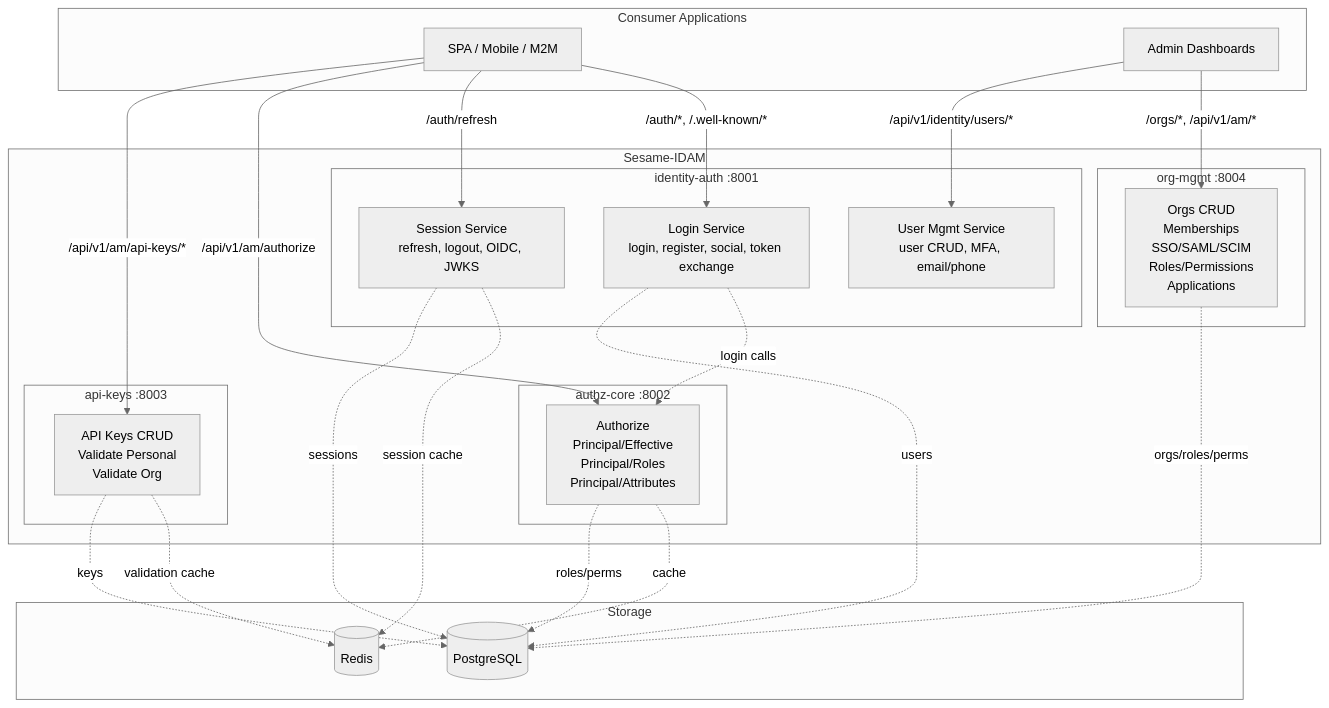
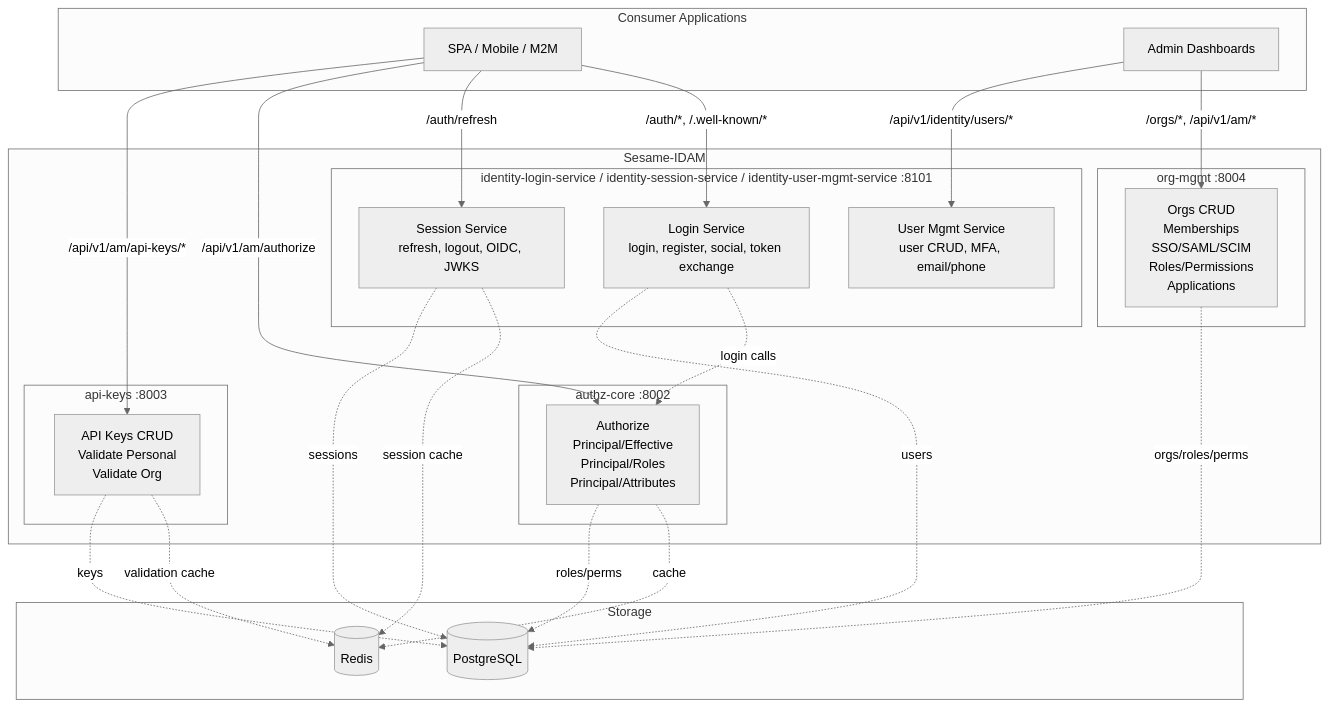
One commit to microscaler/sesame-idam changed the first of 2 diagrams in docs/mermaid/HLD.md. Above: the diagram before and after it, drawn with Mermaid (neutral theme). The commit also changed other lines of this file and 7 other files, not shown here.

First line of the commit message:
docs: fix all stale architecture references — 4→6 services, identity-auth→real names

````diff
--- a/docs/mermaid/HLD.md
+++ b/docs/mermaid/HLD.md
@@ -10,46 +10,46 @@
 ```mermaid
 graph TB
     subgraph "Consumer Applications"
         SPA[SPA / Mobile / M2M]
         Admin[Admin Dashboards]
     end
 
     subgraph "Sesame-IDAM"
-        subgraph "identity-auth :8001"
+        subgraph "identity-login-service / identity-session-service / identity-user-mgmt-service :8101"
             LS[Login Service<br/>login, register, social, token exchange]
             SS[Session Service<br/>refresh, logout, OIDC, JWKS]
             UM[User Mgmt Service<br/>user CRUD, MFA, email/phone]
         end
         subgraph "authz-core :8002"
             AC[Authorize<br/>Principal/Effective<br/>Principal/Roles<br/>Principal/Attributes]
         end
         subgraph "api-keys :8003"
             AK[API Keys CRUD<br/>Validate Personal<br/>Validate Org]
         end
         subgraph "org-mgmt :8004"
             OM[Orgs CRUD<br/>Memberships<br/>SSO/SAML/SCIM<br/>Roles/Permissions<br/>Applications]
         end
     end
 
     subgraph "Storage"
         PG[(PostgreSQL)]
         Redis[(Redis)]
     end
 
     SPA -->|/auth/*, /.well-known/*| LS
     SPA -->|/auth/refresh| SS
     SPA -->|/api/v1/am/authorize| AC
     SPA -->|/api/v1/am/api-keys/*| AK
     Admin -->|/orgs/*, /api/v1/am/*| OM
     Admin -->|/api/v1/identity/users/*| UM
 
     LS -. login calls .-> AC
     AC -. cache .-> Redis
     SS -. session cache .-> Redis
     AK -. validation cache .-> Redis
     LS -. users .-> PG
     SS -. sessions .-> PG
     AC -. roles/perms .-> PG
     AK -. keys .-> PG
     OM -. orgs/roles/perms .-> PG
 ```
````
